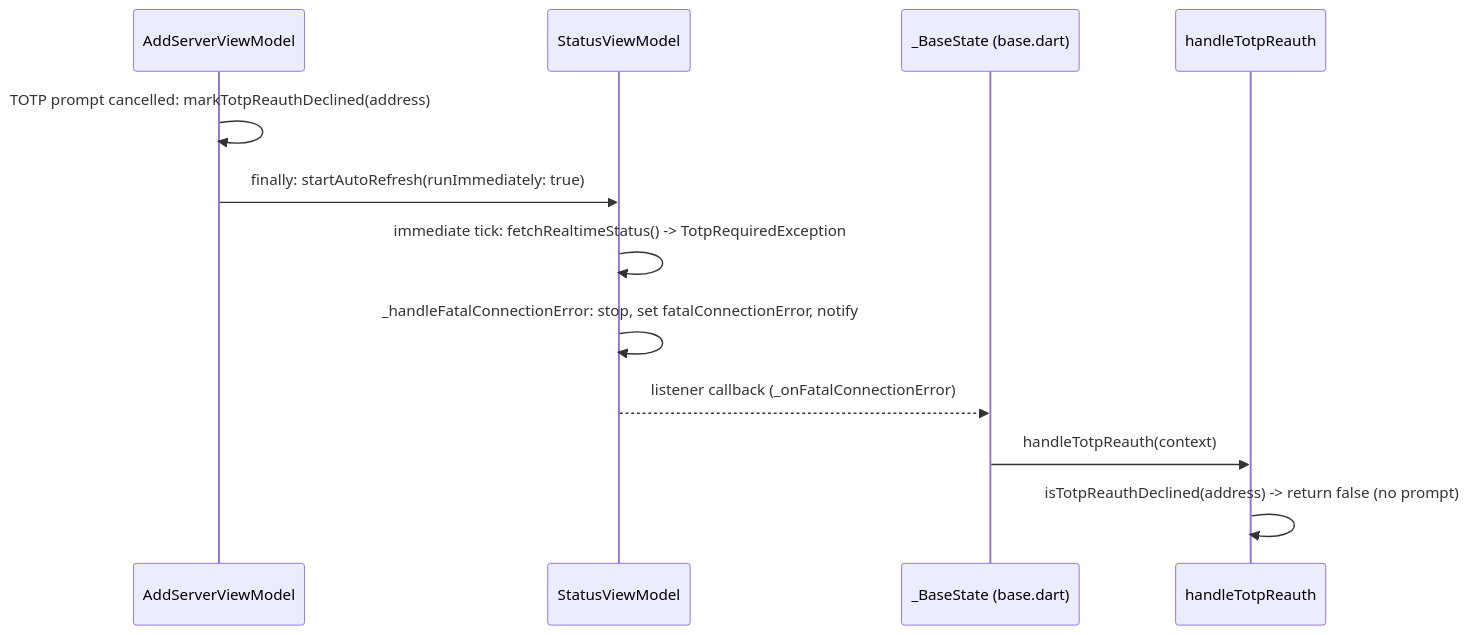
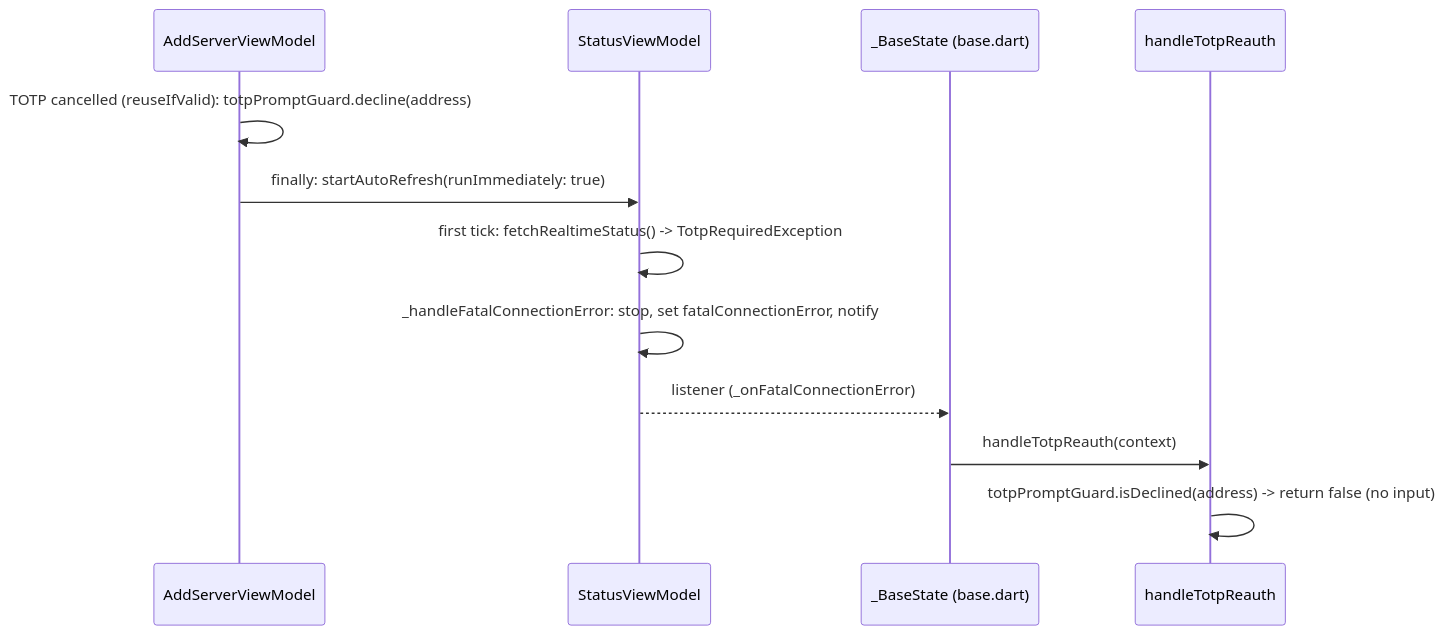
One commit to tsutsu3/pi-hole-client changed the fourth of 8 diagrams in docs/server-connection-flow.md. Above: the diagram before and after it, drawn with Mermaid. The commit also changed other lines of this file and 32 other files, not shown here.

````diff
--- a/docs/server-connection-flow.md
+++ b/docs/server-connection-flow.md
@@ -175,15 +146,15 @@
 ```mermaid
 sequenceDiagram
   participant VM as AddServerViewModel
   participant ST as StatusViewModel
   participant Base as _BaseState (base.dart)
   participant H as handleTotpReauth
 
-  VM->>VM: TOTP prompt cancelled: markTotpReauthDeclined(address)
+  VM->>VM: TOTP cancelled (reuseIfValid): totpPromptGuard.decline(address)
   VM->>ST: finally: startAutoRefresh(runImmediately: true)
-  ST->>ST: immediate tick: fetchRealtimeStatus() -> TotpRequiredException
+  ST->>ST: first tick: fetchRealtimeStatus() -> TotpRequiredException
   ST->>ST: _handleFatalConnectionError: stop, set fatalConnectionError, notify
-  ST-->>Base: listener callback (_onFatalConnectionError)
+  ST-->>Base: listener (_onFatalConnectionError)
   Base->>H: handleTotpReauth(context)
-  H->>H: isTotpReauthDeclined(address) -> return false (no prompt)
+  H->>H: totpPromptGuard.isDeclined(address) -> return false (no input)
 ```
````
